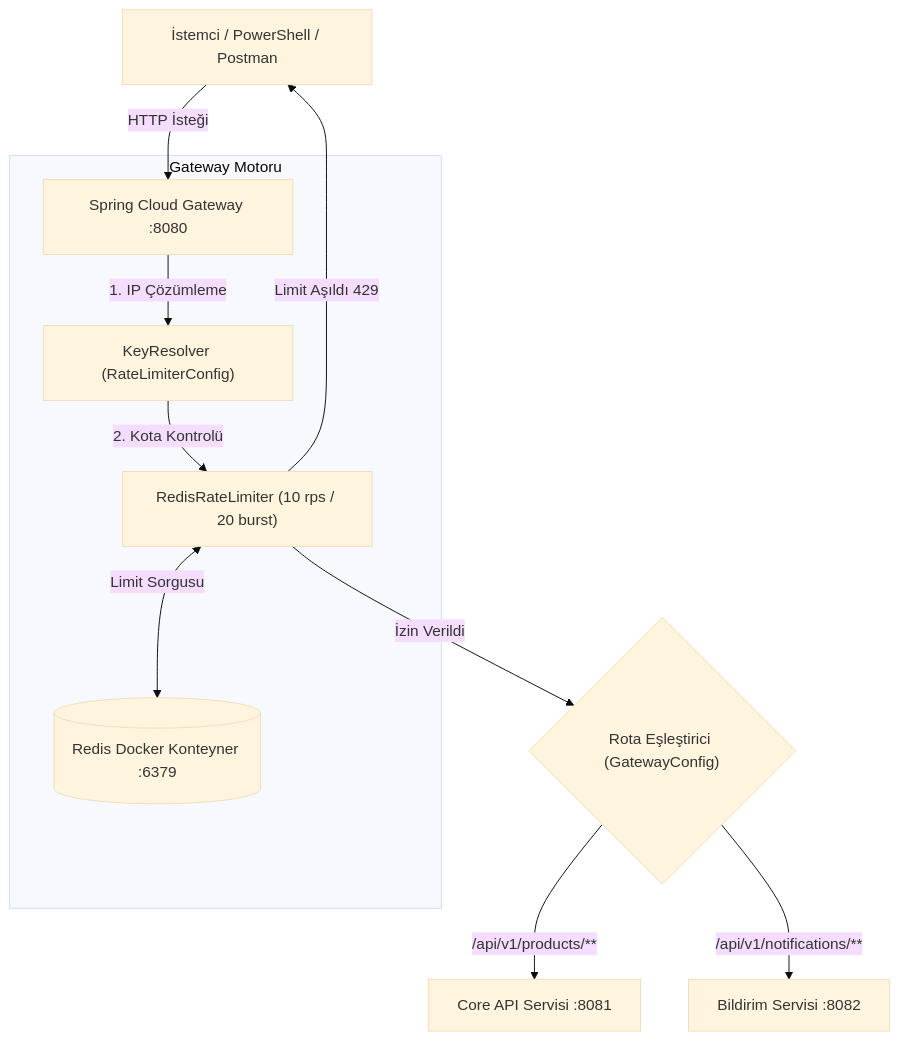
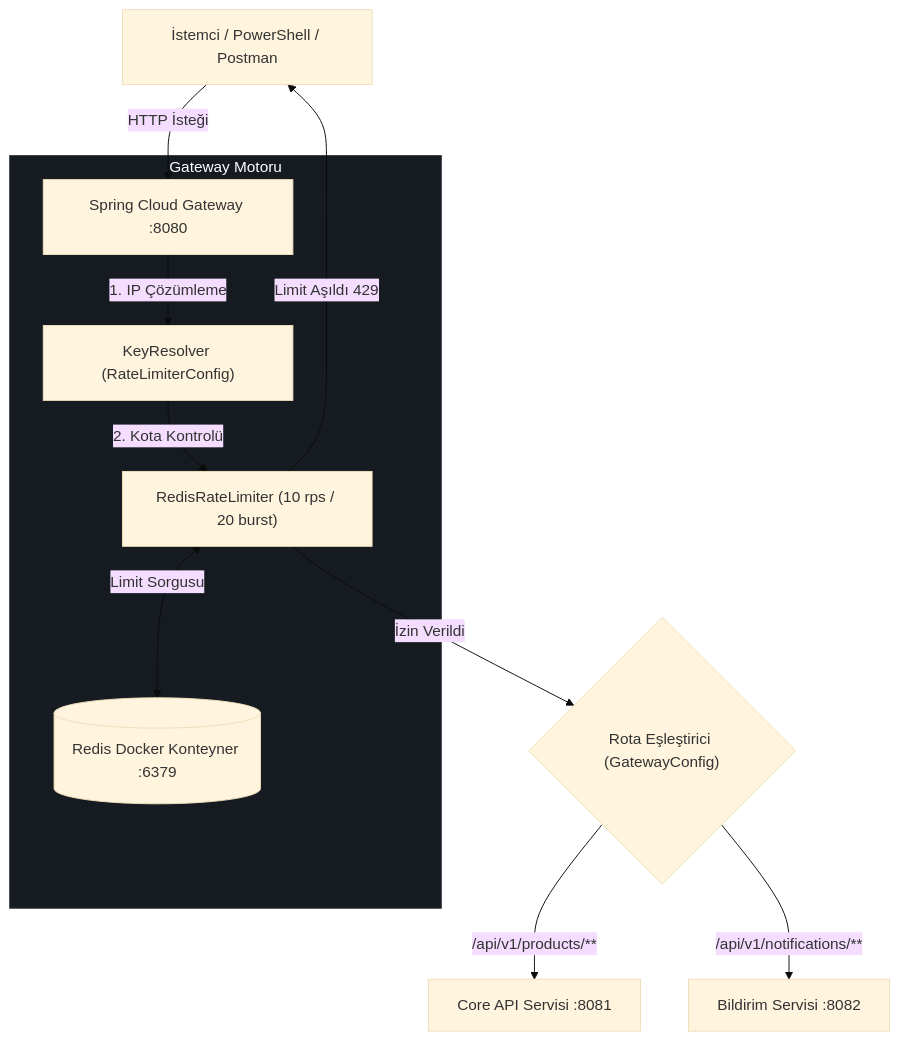
Before and after one commit to yusufkayiss/api-gateway: the second of 2 diagrams in README.md, drawn with Mermaid (base theme). The commit also changed other lines of this file, not shown here.

Commit message:
Refactor architectural diagrams and enhance descriptions
Updated subgraph names in architectural diagrams and added styling for 'Gateway Engine'. Improved descriptions in both English and Turkish sections.

````diff
--- a/README.md
+++ b/README.md
@@ -81,16 +83,18 @@
 ```mermaid
 graph TD
     Client[İstemci / PowerShell / Postman] -->|HTTP İsteği| Gateway[Spring Cloud Gateway :8080]
     
-    subgraph Gateway Motoru
+    subgraph GatewayEngine ["Gateway Motoru"]
         Gateway -->|1. IP Çözümleme| KeyRes["KeyResolver (RateLimiterConfig)"]
         KeyRes -->|2. Kota Kontrolü| RedisLimiter["RedisRateLimiter (10 rps / 20 burst)"]
         RedisLimiter <-->|Limit Sorgusu| Redis[(Redis Docker Konteyner :6379)]
     end
     
     RedisLimiter -->|Limit Aşıldı 429| Client
     RedisLimiter -->|İzin Verildi| Routing{"Rota Eşleştirici (GatewayConfig)"}
     
     Routing -->|/api/v1/products/**| CoreAPI["Core API Servisi :8081"]
     Routing -->|/api/v1/notifications/**| NotifAPI["Bildirim Servisi :8082"]
+
+    style GatewayEngine fill:#161b22,stroke:#30363d,stroke-width:1px,color:#fff
 ```
````
